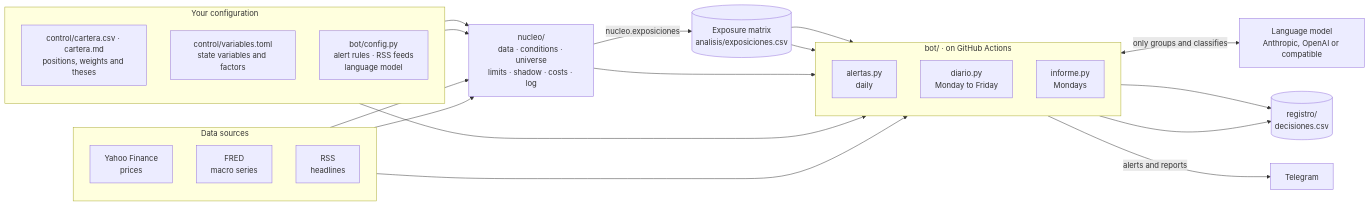
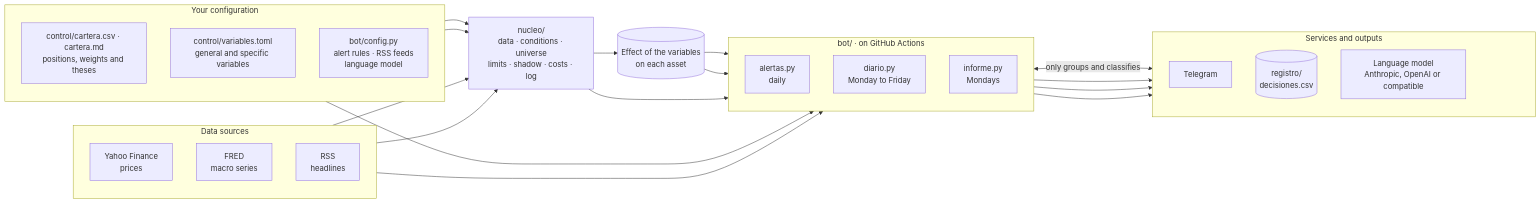
Before and after one commit to iyantp/asistente-financiero: the diagram in README.en.md, drawn with Mermaid. The commit also changed other lines of this file and 6 other files, not shown here.

````diff
--- a/README.en.md
+++ b/README.en.md
@@ -72,37 +141,42 @@
 ```mermaid
 flowchart LR
     subgraph SRC[Data sources]
         direction TB
         Y[Yahoo Finance<br/>prices]
         F[FRED<br/>macro series]
         R[RSS<br/>headlines]
     end
     subgraph CFG[Your configuration]
         direction TB
         CA[control/cartera.csv · cartera.md<br/>positions, weights and theses]
-        VA[control/variables.toml<br/>state variables and factors]
+        VA[control/variables.toml<br/>general and specific variables]
         CB[bot/config.py<br/>alert rules · RSS feeds<br/>language model]
     end
     N[nucleo/<br/>data · conditions · universe<br/>limits · shadow · costs · log]
-    M[(Exposure matrix<br/>analisis/exposiciones.csv)]
+    M[(Effect of the variables<br/>on each asset)]
     subgraph BOT[bot/ · on GitHub Actions]
         direction TB
         A[alertas.py<br/>daily]
         D[diario.py<br/>Monday to Friday]
         I[informe.py<br/>Mondays]
     end
-    LLM[Language model<br/>Anthropic, OpenAI or compatible]
-    T[Telegram]
-    RG[(registro/<br/>decisiones.csv)]
+    subgraph OUT[Services and outputs]
+        direction TB
+        T[Telegram]
+        RG[(registro/<br/>decisiones.csv)]
+        LLM[Language model<br/>Anthropic, OpenAI or compatible]
+        HUECO[" "]:::oculto
+    end
+    classDef oculto fill:none,stroke:none,color:transparent
 
     Y & F --> N
     CA & VA --> N
-    N -->|nucleo.exposiciones| M
+    N --> M
     N --> BOT
     CB --> BOT
     M --> D & I
     R --> D
     D <-->|only groups and classifies| LLM
-    BOT -->|alerts and reports| T
+    BOT --> T
     A & D --> RG
 ```
````
